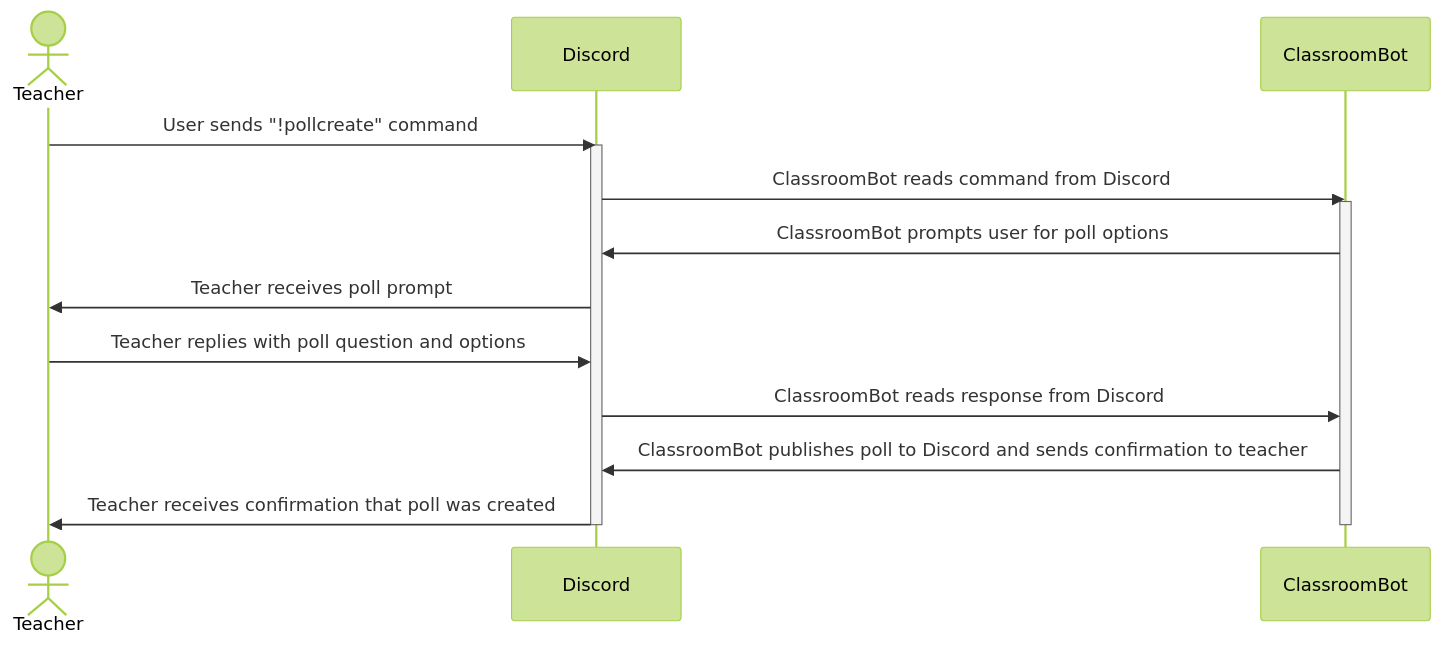
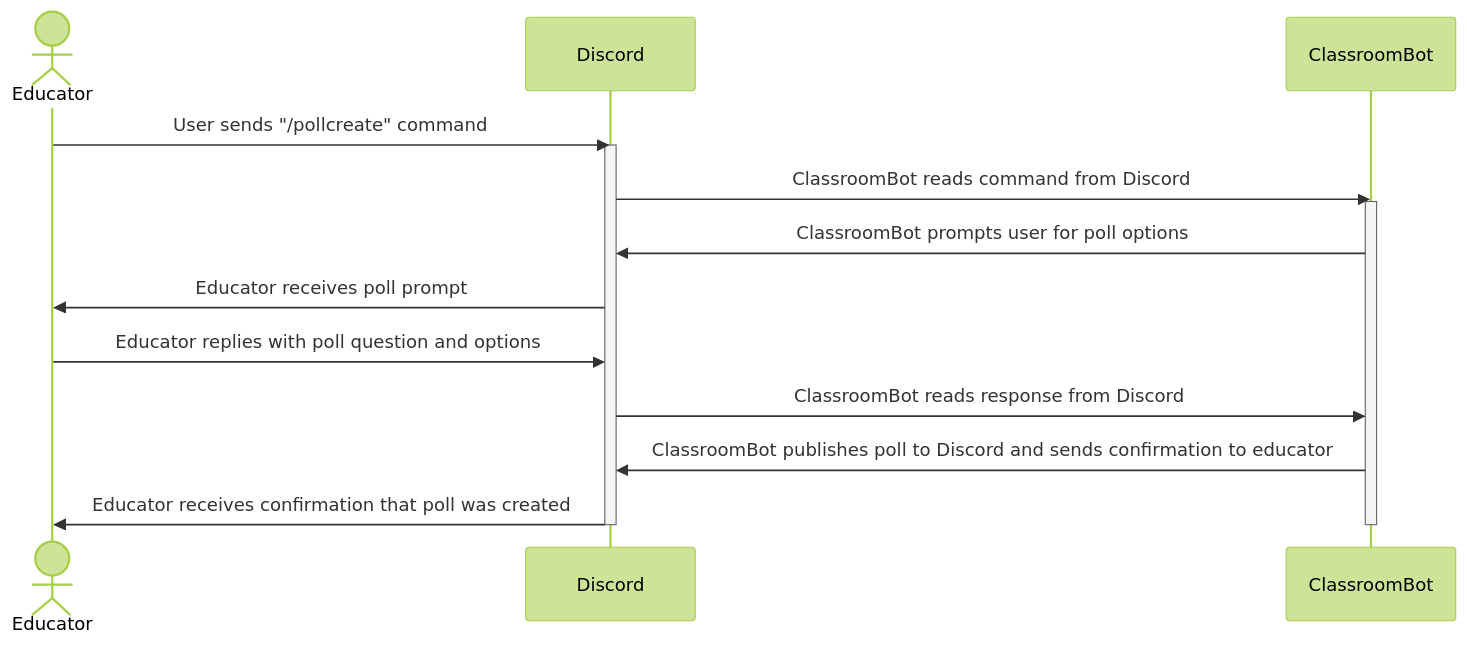
Before and after one commit to Capstone-Projects-2023-Spring/project-discord-classroom: the seventh of 8 diagrams in documentation/docs/system-architecture/design.md, drawn with Mermaid (forest theme). The commit also changed other lines of this file and 7 other files, not shown here.

````diff
--- a/documentation/docs/system-architecture/design.md
+++ b/documentation/docs/system-architecture/design.md
@@ -456,20 +456,20 @@
 ```mermaid
 
 sequenceDiagram
-    actor Teacher
+    actor Educator
     participant Discord
     participant ClassroomBot
-    Teacher->>Discord: User sends "!pollcreate" command
+    Educator->>Discord: User sends "/pollcreate" command
     activate Discord
     Discord->>ClassroomBot: ClassroomBot reads command from Discord
     activate ClassroomBot
     ClassroomBot->>Discord: ClassroomBot prompts user for poll options
-    Discord->>Teacher: Teacher receives poll prompt
-    Teacher->>Discord: Teacher replies with poll question and options
+    Discord->>Educator: Educator receives poll prompt
+    Educator->>Discord: Educator replies with poll question and options
     Discord->>ClassroomBot: ClassroomBot reads response from Discord
-    ClassroomBot->>Discord: ClassroomBot publishes poll to Discord and sends confirmation to teacher
-    Discord->>Teacher: Teacher receives confirmation that poll was created
+    ClassroomBot->>Discord: ClassroomBot publishes poll to Discord and sends confirmation to educator
+    Discord->>Educator: Educator receives confirmation that poll was created
     deactivate ClassroomBot
     deactivate Discord
     
 ```
````
